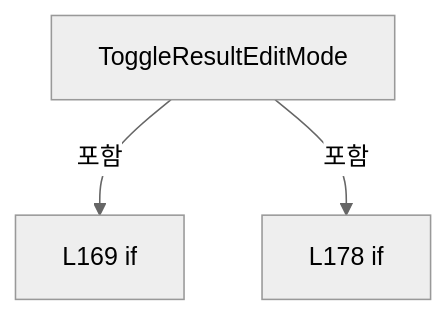
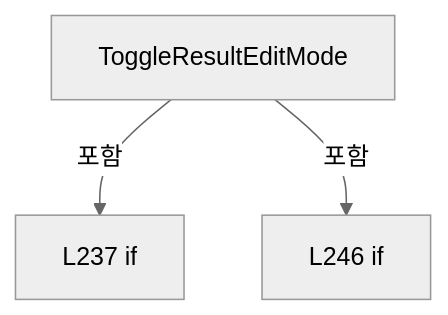
One commit to kjuws10-rgb/Shared changed the sixth of 14 diagrams in A3 LD Code Ref/files/Drilling.UI/Menu/Menus/CMenuCorrection.ReviewData.cs.md. Above: the diagram before and after it, drawn with Mermaid (neutral theme). The commit also changed other lines of this file and 2071 other files, not shown here.

Commit message:
docs(a3): update 11.19.0 architecture and code reference

````diff
--- a/A3 LD Code Ref/files/Drilling.UI/Menu/Menus/CMenuCorrection.ReviewData.cs.md
+++ b/A3 LD Code Ref/files/Drilling.UI/Menu/Menus/CMenuCorrection.ReviewData.cs.md
@@ -1442,8 +1752,8 @@
 ```mermaid
 flowchart TD
  M["ToggleResultEditMode"]
- N0["L169 if"]
+ N0["L237 if"]
  M -->|포함| N0
- N1["L178 if"]
+ N1["L246 if"]
  M -->|포함| N1
 ```
````
